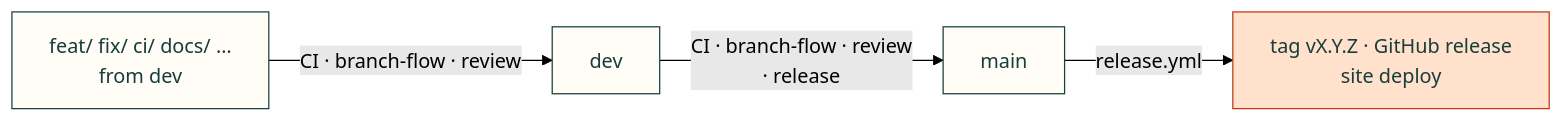
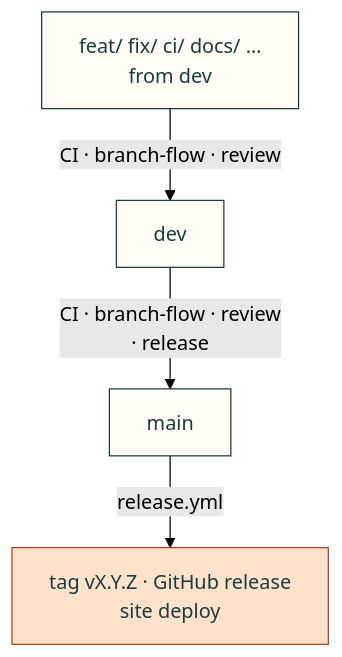
The diagram in CONTRIBUTING.md (Valpatel/cad-agent), drawn with Mermaid (forest theme) before and after one commit. The commit also changed 5 other files, not shown here.

First line of the commit message:
Diagrams: narrow enough for a 1100 px window with a classic scrollbar

````diff
--- a/CONTRIBUTING.md
+++ b/CONTRIBUTING.md
@@ -21,10 +21,10 @@
 ```mermaid
-flowchart LR
+flowchart TD
     F["feat/ fix/ ci/ docs/ …<br/>from dev"] -->|"CI · branch-flow · review"| D["dev"]
     D -->|"CI · branch-flow · review<br/>· release"| M["main"]
     M -->|"release.yml"| R["tag vX.Y.Z · GitHub release<br/>site deploy"]
     classDef b fill:#fffdf5,stroke:#173d3c,color:#173d3c
     classDef r fill:#ffe1cc,stroke:#bd3a12,color:#173d3c
     class F,D,M b
     class R r
 ```
````
